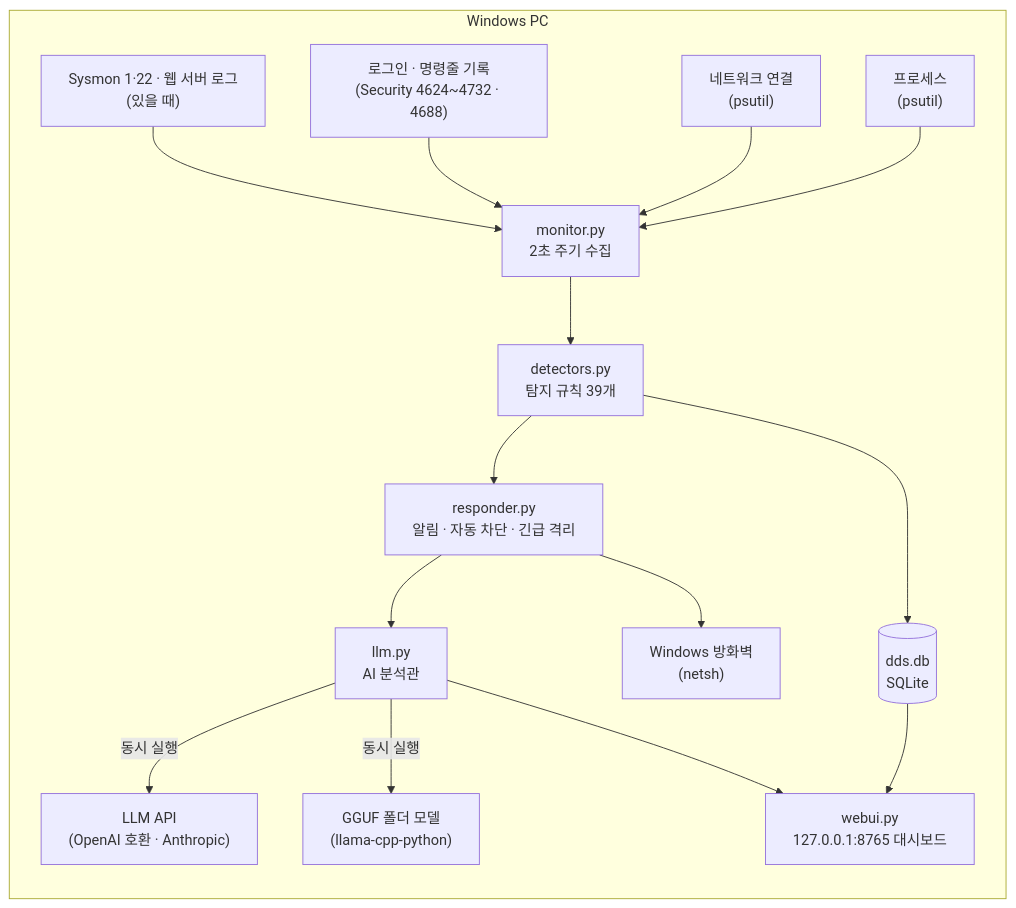
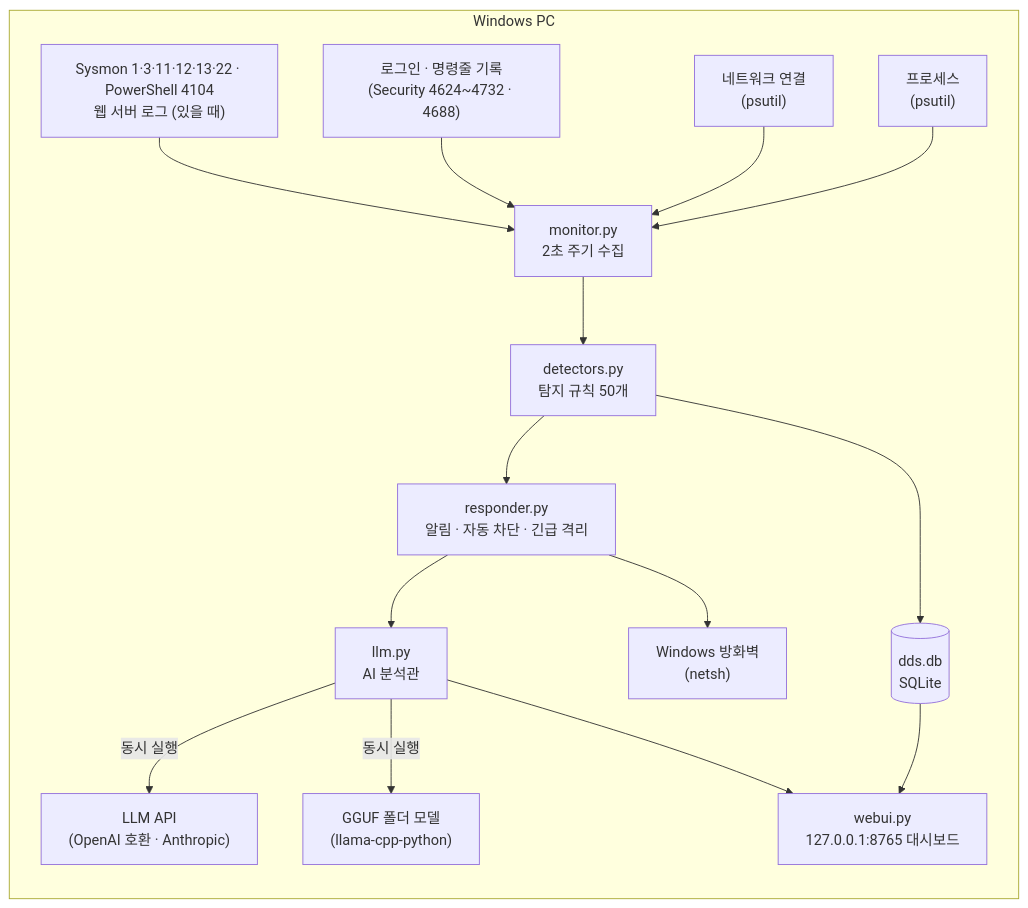
One commit to Forests2/StayThere-IDS changed the diagram in README.md. Above: the diagram before and after it, drawn with Mermaid. The commit also changed other lines of this file and 18 other files, not shown here.

````diff
--- a/README.md
+++ b/README.md
@@ -157,18 +175,18 @@
 ```mermaid
 flowchart LR
   subgraph PC["Windows PC"]
     C1["프로세스<br/>(psutil)"] --> M
     C2["네트워크 연결<br/>(psutil)"] --> M
     C3["로그인 · 명령줄 기록<br/>(Security 4624~4732 · 4688)"] --> M
-    C4["Sysmon 1·22 · 웹 서버 로그<br/>(있을 때)"] --> M
-    M["monitor.py<br/>2초 주기 수집"] --> D["detectors.py<br/>탐지 규칙 39개"]
+    C4["Sysmon 1·3·11·12·13·22 · PowerShell 4104<br/>웹 서버 로그 (있을 때)"] --> M
+    M["monitor.py<br/>2초 주기 수집"] --> D["detectors.py<br/>탐지 규칙 50개"]
     D --> DB[("dds.db<br/>SQLite")]
     D --> R["responder.py<br/>알림 · 자동 차단 · 긴급 격리"]
     R --> FW["Windows 방화벽<br/>(netsh)"]
     R --> A["llm.py<br/>AI 분석관"]
     A -->|동시 실행| API["LLM API<br/>(OpenAI 호환 · Anthropic)"]
     A -->|동시 실행| G["GGUF 폴더 모델<br/>(llama-cpp-python)"]
     DB --> W["webui.py<br/>127.0.0.1:8765 대시보드"]
     A --> W
   end
 ```
````
